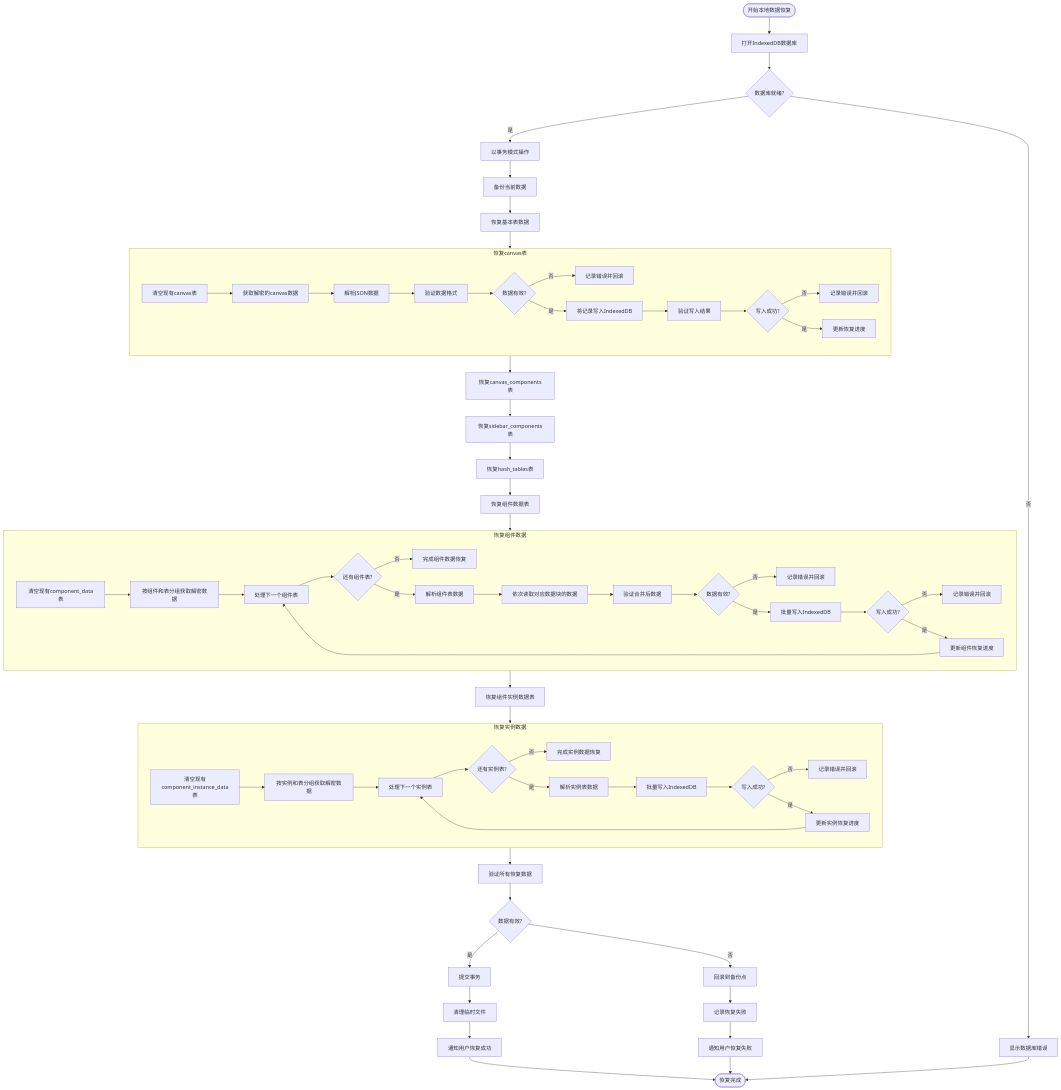
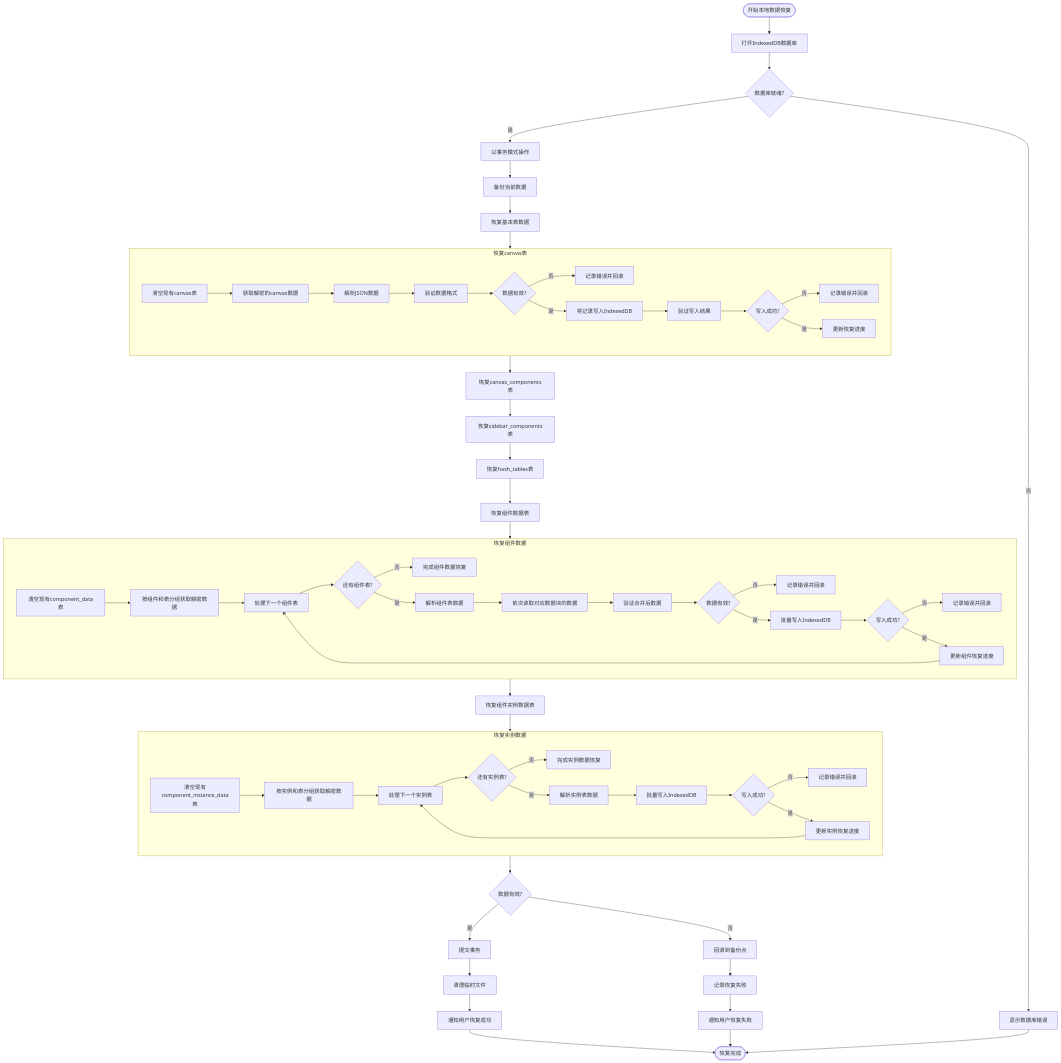
Before and after one commit to yingjianzh/iodraw-files: the diagram in all/未命名-53.md, drawn with Mermaid.

Commit message:
2025-05-09 17:29:17 update

```diff
--- a/all/未命名-53.md
+++ b/all/未命名-53.md
@@ -66,8 +66,7 @@
     
     RestoreInstanceData --> RestoreInstData
     
-    RestoreInstData --> VerifyAllData[验证所有恢复数据]
-    VerifyAllData --> AllDataValid{数据有效?}
+    RestoreInstData --> AllDataValid{数据有效?}
     
     AllDataValid -->|是| CommitTransaction[提交事务]
     AllDataValid -->|否| RollbackToBackup[回滚到备份点]
```
